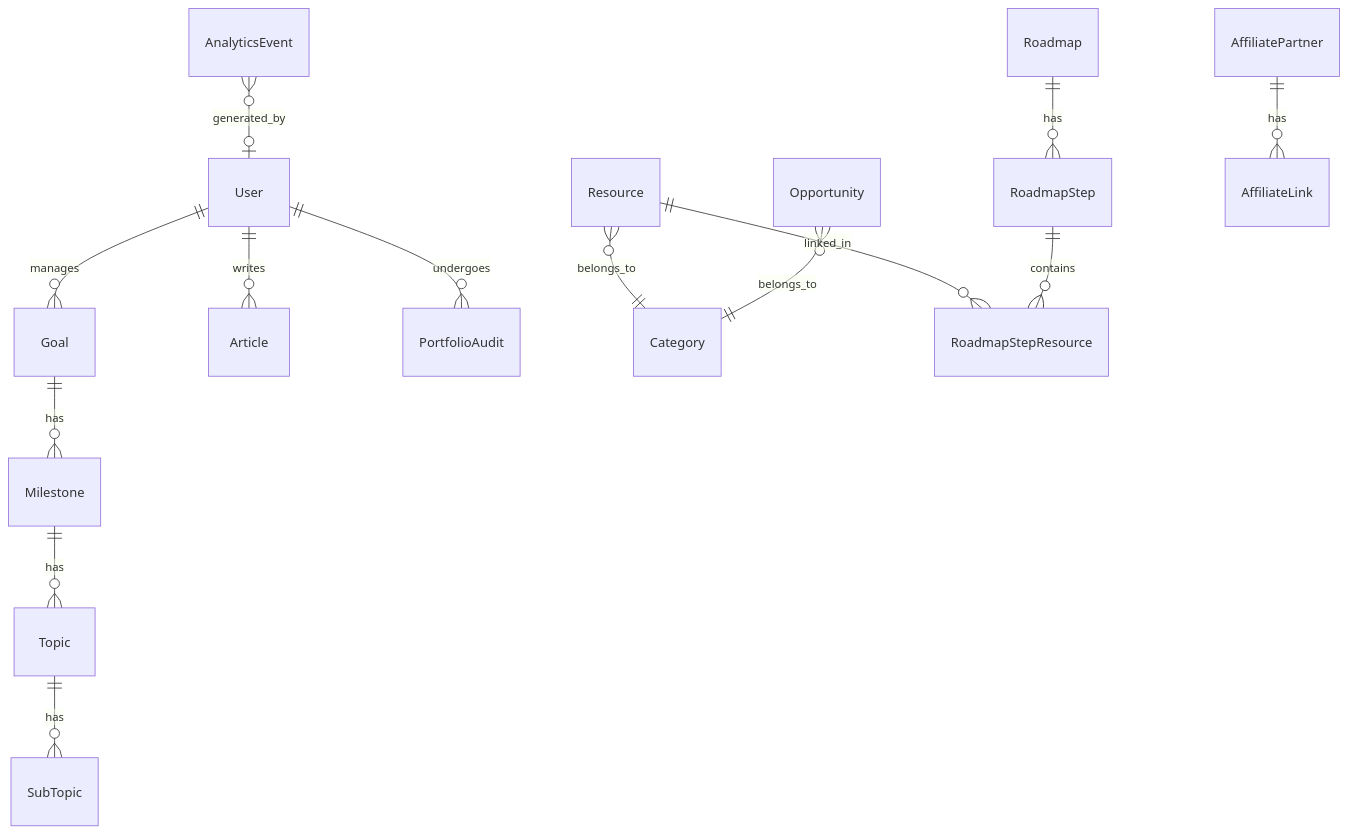
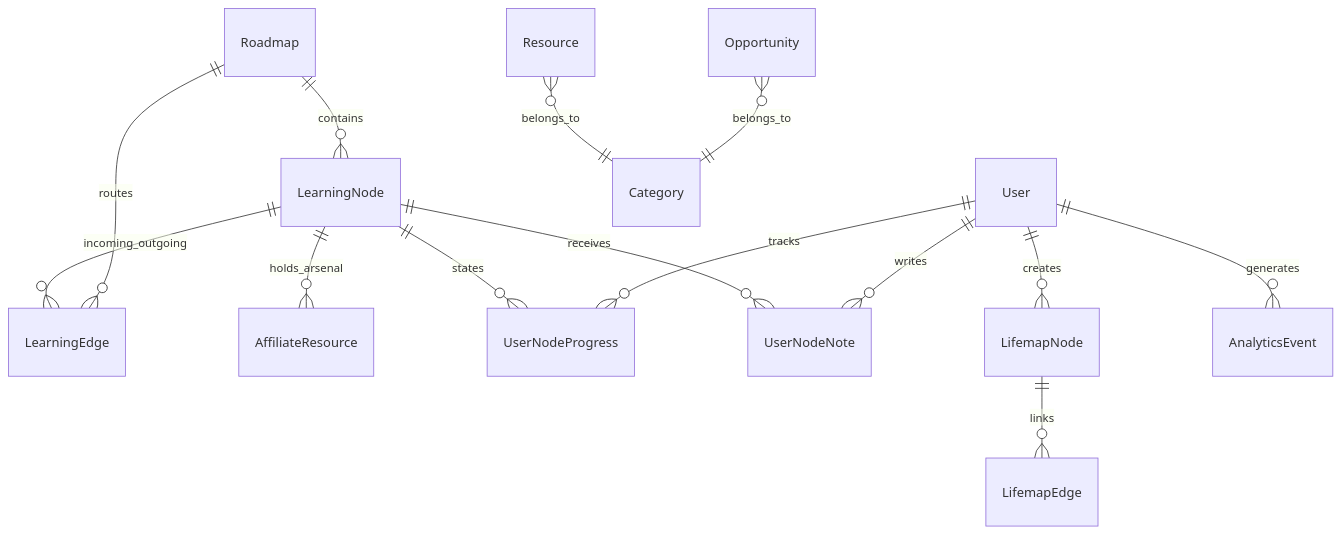
One commit to kishor-01/campuskit-app changed the diagram in seniofy_project_report.md. Above: the diagram before and after it, drawn with Mermaid. The commit also changed other lines of this file and 14 other files, not shown here.

Commit message:
roadmap componet(text area enhanced)

````diff
--- a/seniofy_project_report.md
+++ b/seniofy_project_report.md
@@ -111,21 +127,22 @@
 ```mermaid
 erDiagram
-    User ||--o{ Goal : manages
-    User ||--o{ Article : writes
-    User ||--o{ PortfolioAudit : undergoes
-
-    Resource }o--|| Category : belongs_to
-    Resource ||--o{ RoadmapStepResource : linked_in
+    Roadmap ||--o{ LearningNode : contains
+    Roadmap ||--o{ LearningEdge : routes
     
-    Roadmap ||--o{ RoadmapStep : has
-    RoadmapStep ||--o{ RoadmapStepResource : contains
-
-    Goal ||--o{ Milestone : has
-    Milestone ||--o{ Topic : has
-    Topic ||--o{ SubTopic : has
+    LearningNode ||--o{ LearningEdge : incoming_outgoing
+    LearningNode ||--o{ AffiliateResource : holds_arsenal
+    
+    User ||--o{ UserNodeProgress : tracks
+    LearningNode ||--o{ UserNodeProgress : states
+    
+    User ||--o{ UserNodeNote : writes
+    LearningNode ||--o{ UserNodeNote : receives
+    
+    User ||--o{ LifemapNode : creates
+    LifemapNode ||--o{ LifemapEdge : links
+    
+    User ||--o{ AnalyticsEvent : generates
 
     Opportunity }o--|| Category : belongs_to
-
-    AffiliatePartner ||--o{ AffiliateLink : has
-    AnalyticsEvent }o--o| User : generated_by
+    Resource }o--|| Category : belongs_to
 ```
````
